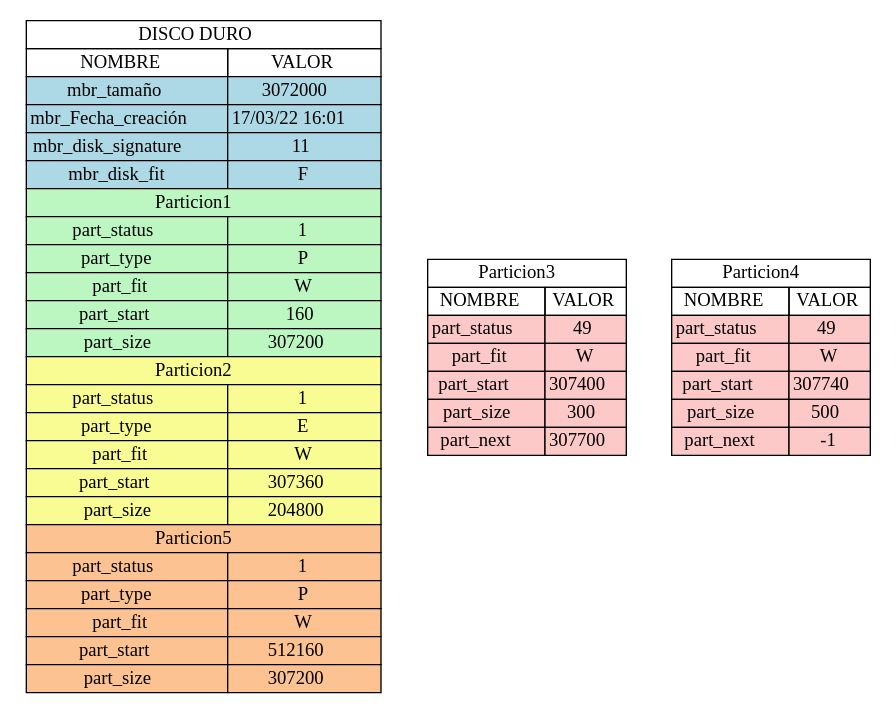
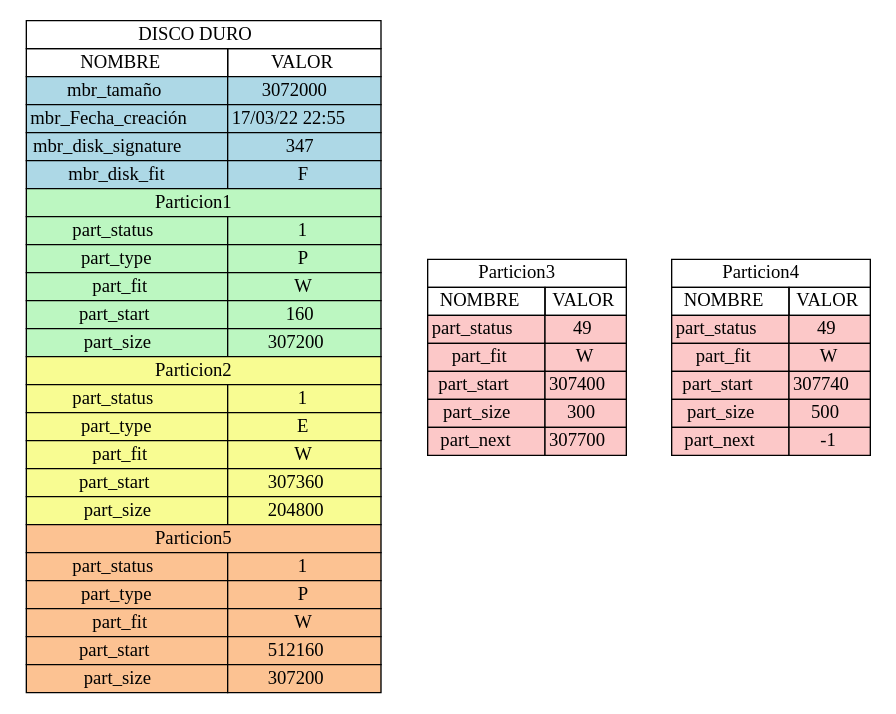
Before and after one commit to 2730538920101/P1_MIA_201709282: the diagram in MasterBootRecord_report.dot, drawn with Graphviz. The commit also changed 14 other files, not shown here.

```diff
--- a/MasterBootRecord_report.dot
+++ b/MasterBootRecord_report.dot
@@ -1,59 +1,59 @@
 digraph {
 tbl[
 shape=plaintext
  label =<
 <table border='0' cellborder='1' cellspacing='0'>
 <tr><td colspan="3">DISCO DURO</td></tr>
 <th><td>NOMBRE</td><td>VALOR</td></th>
 <tr><td bgcolor="lightblue">mbr_tamaño</td><td bgcolor="lightblue">3072000</td></tr>
-<tr><td bgcolor="lightblue">mbr_Fecha_creación</td><td bgcolor="lightblue">17/03/22 16:01</td></tr>
-<tr><td bgcolor="lightblue">mbr_disk_signature</td><td bgcolor="lightblue">11</td></tr>
+<tr><td bgcolor="lightblue">mbr_Fecha_creación</td><td bgcolor="lightblue">17/03/22 22:55</td></tr>
+<tr><td bgcolor="lightblue">mbr_disk_signature</td><td bgcolor="lightblue">347</td></tr>
 <tr><td bgcolor="lightblue">mbr_disk_fit</td><td bgcolor="lightblue">F</td></tr>
 <tr><td colspan="2" bgcolor="#bcf7c1">Particion1</td></tr>
 <tr><td bgcolor="#bcf7c1">part_status</td><td bgcolor="#bcf7c1">1</td></tr>
 <tr><td bgcolor="#bcf7c1">part_type</td><td bgcolor="#bcf7c1">P</td></tr>
 <tr><td bgcolor="#bcf7c1">part_fit</td><td bgcolor="#bcf7c1">W</td></tr>
 <tr><td bgcolor="#bcf7c1">part_start</td><td bgcolor="#bcf7c1">160</td></tr>
 <tr><td bgcolor="#bcf7c1">part_size</td><td bgcolor="#bcf7c1">307200</td></tr>
 <tr><td colspan="2" bgcolor="#f8fc92">Particion2</td></tr>
 <tr><td bgcolor="#f8fc92">part_status</td><td bgcolor="#f8fc92">1</td></tr>
 <tr><td bgcolor="#f8fc92">part_type</td><td bgcolor="#f8fc92">E</td></tr>
 <tr><td bgcolor="#f8fc92">part_fit</td><td bgcolor="#f8fc92">W</td></tr>
 <tr><td bgcolor="#f8fc92">part_start</td><td bgcolor="#f8fc92">307360</td></tr>
 <tr><td bgcolor="#f8fc92">part_size</td><td bgcolor="#f8fc92">204800</td></tr>
 <tr><td colspan="2" bgcolor="#fcc292">Particion5</td></tr>
 <tr><td bgcolor="#fcc292">part_status</td><td bgcolor="#fcc292">1</td></tr>
 <tr><td bgcolor="#fcc292">part_type</td><td bgcolor="#fcc292">P</td></tr>
 <tr><td bgcolor="#fcc292">part_fit</td><td bgcolor="#fcc292">W</td></tr>
 <tr><td bgcolor="#fcc292">part_start</td><td bgcolor="#fcc292">512160</td></tr>
 <tr><td bgcolor="#fcc292">part_size</td><td bgcolor="#fcc292">307200</td></tr>
 </table>
 >];
 
 tbl1 [
 shape=plaintext
  label=<
 <table border='0' cellborder='1' cellspacing='0'>
 <tr><td colspan="3">Particion3</td></tr>
 <th><td>NOMBRE</td><td>VALOR</td></th>
 <tr><td bgcolor="#fcc8c8">part_status</td><td bgcolor="#fcc8c8">49</td></tr>
 <tr><td bgcolor="#fcc8c8">part_fit</td><td bgcolor="#fcc8c8">W</td></tr>
 <tr><td bgcolor="#fcc8c8">part_start</td><td bgcolor="#fcc8c8">307400</td></tr>
 <tr><td bgcolor="#fcc8c8">part_size</td><td bgcolor="#fcc8c8">300</td></tr>
 <tr><td bgcolor="#fcc8c8">part_next</td><td bgcolor="#fcc8c8">307700</td></tr>
 </table>
 >];
 tbl2 [
 shape=plaintext
  label=<
 <table border='0' cellborder='1' cellspacing='0'>
 <tr><td colspan="3">Particion4</td></tr>
 <th><td>NOMBRE</td><td>VALOR</td></th>
 <tr><td bgcolor="#fcc8c8">part_status</td><td bgcolor="#fcc8c8">49</td></tr>
 <tr><td bgcolor="#fcc8c8">part_fit</td><td bgcolor="#fcc8c8">W</td></tr>
 <tr><td bgcolor="#fcc8c8">part_start</td><td bgcolor="#fcc8c8">307740</td></tr>
 <tr><td bgcolor="#fcc8c8">part_size</td><td bgcolor="#fcc8c8">500</td></tr>
 <tr><td bgcolor="#fcc8c8">part_next</td><td bgcolor="#fcc8c8">-1</td></tr>
 </table>
 >];
 }
```
